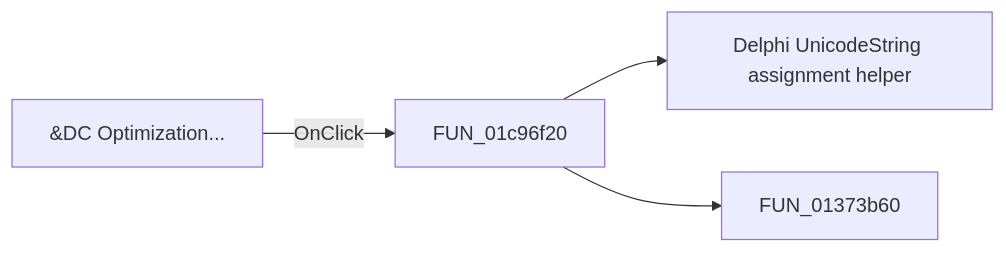
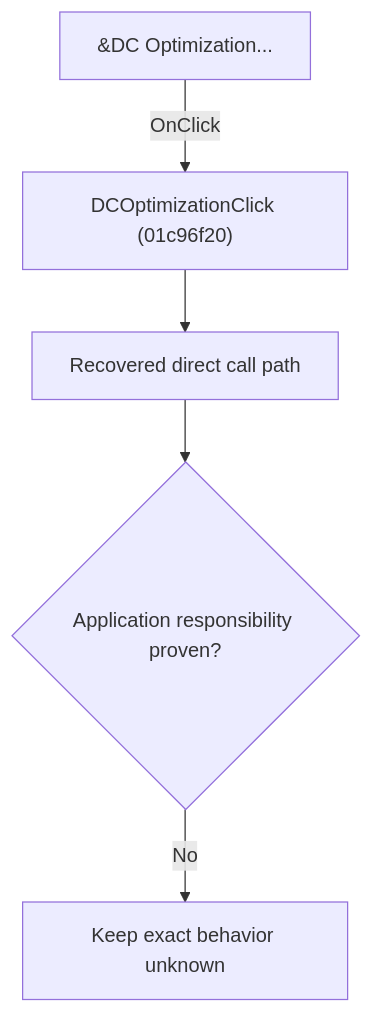
Before and after one commit to MovGP0/TIARA: the diagram in docs/ui-controls/schematiceditor/dcoptimization-eacdde95c7.md, drawn with Mermaid. The commit also changed other lines of this file and 1062 other files, not shown here.

````diff
--- a/docs/ui-controls/schematiceditor/dcoptimization-eacdde95c7.md
+++ b/docs/ui-controls/schematiceditor/dcoptimization-eacdde95c7.md
@@ -27,6 +27,7 @@
 ```mermaid
-flowchart LR
-    control["&DC Optimization..."] -->|OnClick| handler["FUN_01c96f20"]
-    handler --> call1["Delphi UnicodeString assignment helper"]
-    handler --> call2["FUN_01373b60"]
+flowchart TD
+    control["&DC Optimization..."] -->|"OnClick"| handler["DCOptimizationClick (01c96f20)"]
+    handler --> recovered["Recovered direct call path"]
+    recovered --> gap{"Application responsibility proven?"}
+    gap -->|"No"| blocked["Keep exact behavior unknown"]
 ```
````
